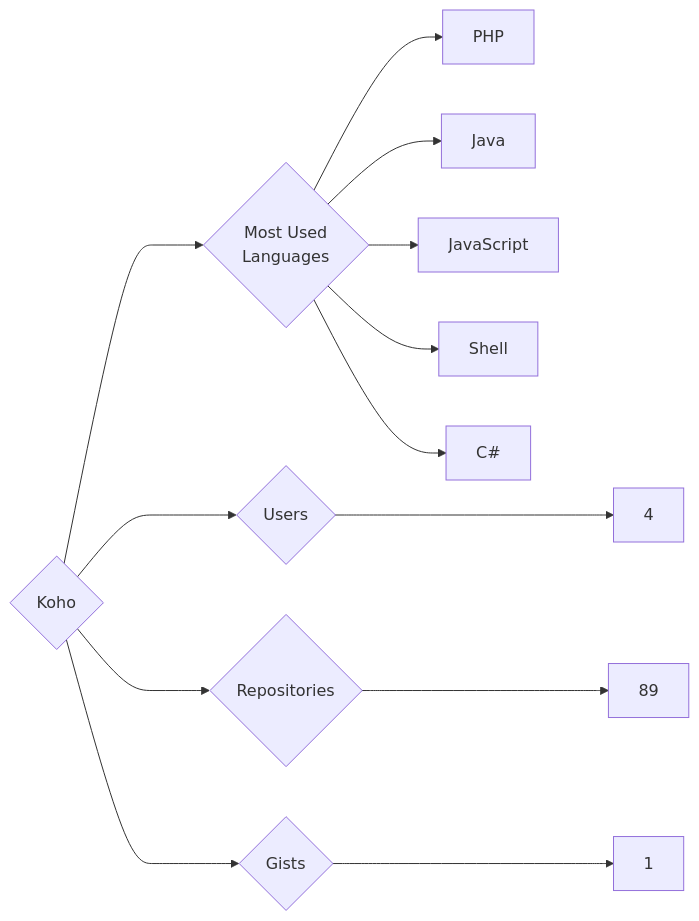
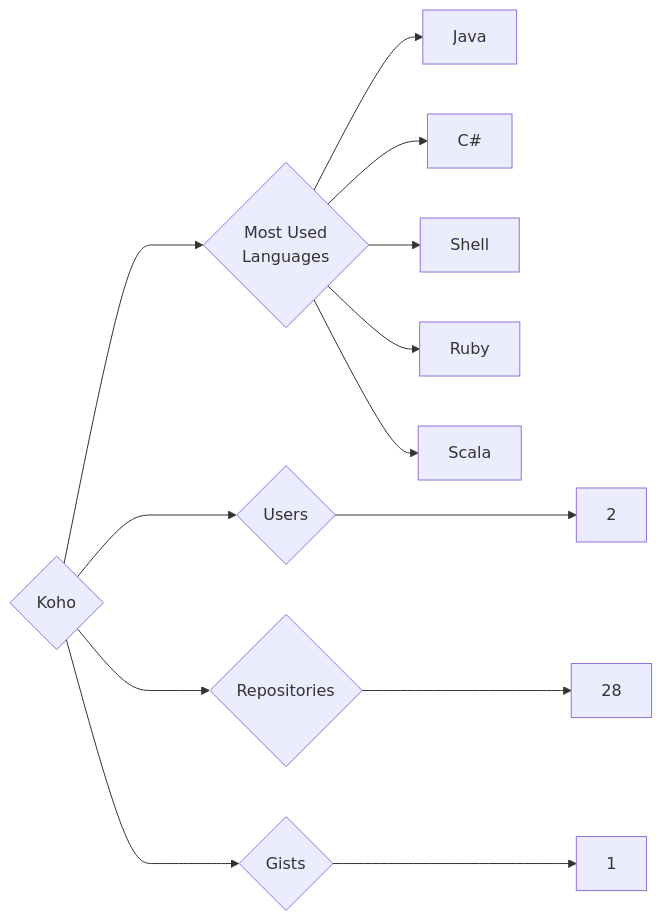
One commit to trickest/insiders changed the diagram in targets/Koho/README.md. Above: the diagram before and after it, drawn with Mermaid. The commit also changed 847 other files, not shown here.

````diff
--- a/targets/Koho/README.md
+++ b/targets/Koho/README.md
@@ -3,13 +3,13 @@
 ```mermaid
 graph LR
 COMPANY_NAME{Koho}
-COMPANY_NAME ---> U{Users} ---> UN[4]
-COMPANY_NAME ---> R{Repositories} ---> RN[89]
+COMPANY_NAME ---> U{Users} ---> UN[2]
+COMPANY_NAME ---> R{Repositories} ---> RN[28]
 COMPANY_NAME ---> G{Gists} ---> GN[1]
 COMPANY_NAME ---> ML{Most Used<br>Languages}
-ML --> PHP[PHP]
 ML --> Java[Java]
-ML --> JavaScript[JavaScript]
+ML --> C#[C#]
 ML --> Shell[Shell]
-ML --> C#[C#]
+ML --> Ruby[Ruby]
+ML --> Scala[Scala]
 ```
````
